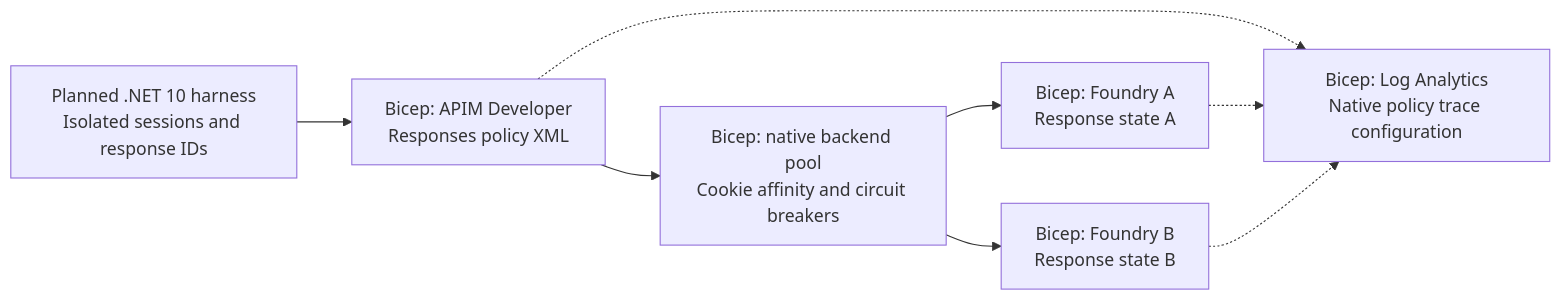
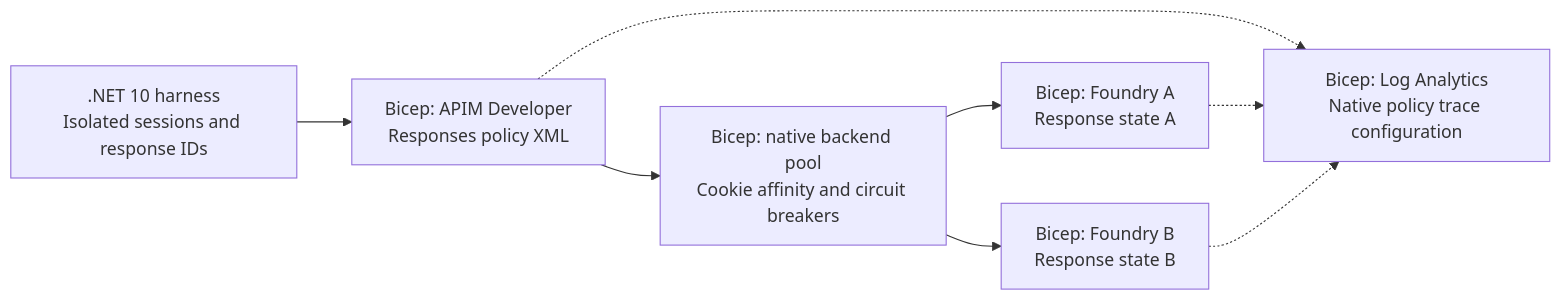
One commit to christopherhouse/APIM-AI-Gateway-Responses-API changed the diagram in README.md. Above: the diagram before and after it, drawn with Mermaid. The commit also changed other lines of this file and 19 other files, not shown here.

First line of the commit message:
feat(005): add bounded .NET conversation harness

````diff
--- a/README.md
+++ b/README.md
@@ -25,16 +26,16 @@
 ```mermaid
 flowchart LR
-    Client["Planned .NET 10 harness<br/>Isolated sessions and response IDs"]
+    Client[".NET 10 harness<br/>Isolated sessions and response IDs"]
     Gateway["Bicep: APIM Developer<br/>Responses policy XML"]
     Pool["Bicep: native backend pool<br/>Cookie affinity and circuit breakers"]
     A["Bicep: Foundry A<br/>Response state A"]
     B["Bicep: Foundry B<br/>Response state B"]
     Logs["Bicep: Log Analytics<br/>Native policy trace configuration"]
     Client --> Gateway
     Gateway --> Pool
     Pool --> A
     Pool --> B
     Gateway -.-> Logs
     A -.-> Logs
     B -.-> Logs
 ```
````
